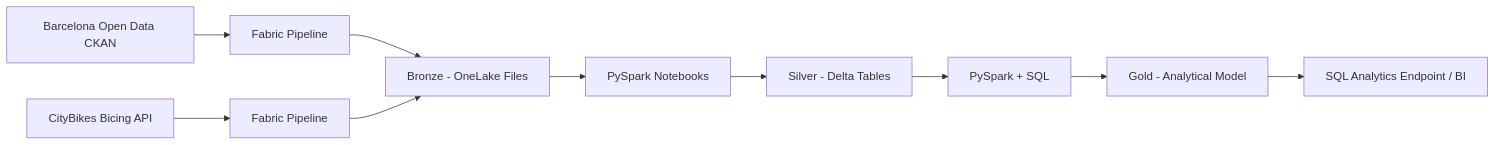
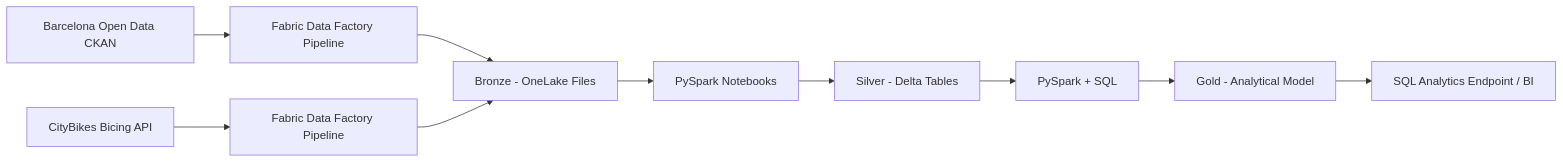
Before and after one commit to leninfonseca/barcelona-urban-mobility-data-platform: the diagram in README.md, drawn with Mermaid. The commit also changed other lines of this file and 8 other files, not shown here.

````diff
--- a/README.md
+++ b/README.md
@@ -32,12 +36,12 @@
 ```mermaid
 flowchart LR
-    A1[Barcelona Open Data CKAN] --> B1[Fabric Pipeline]
-    A2[CityBikes Bicing API] --> B2[Fabric Pipeline]
+    A1[Barcelona Open Data CKAN] --> B1[Fabric Data Factory Pipeline]
+    A2[CityBikes Bicing API] --> B2[Fabric Data Factory Pipeline]
     B1 --> C[Bronze - OneLake Files]
     B2 --> C
     C --> D[PySpark Notebooks]
     D --> E[Silver - Delta Tables]
     E --> F[PySpark + SQL]
     F --> G[Gold - Analytical Model]
     G --> H[SQL Analytics Endpoint / BI]
 ```
````
